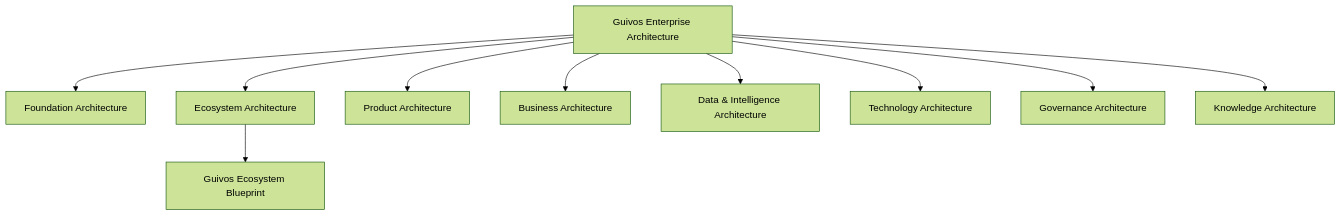
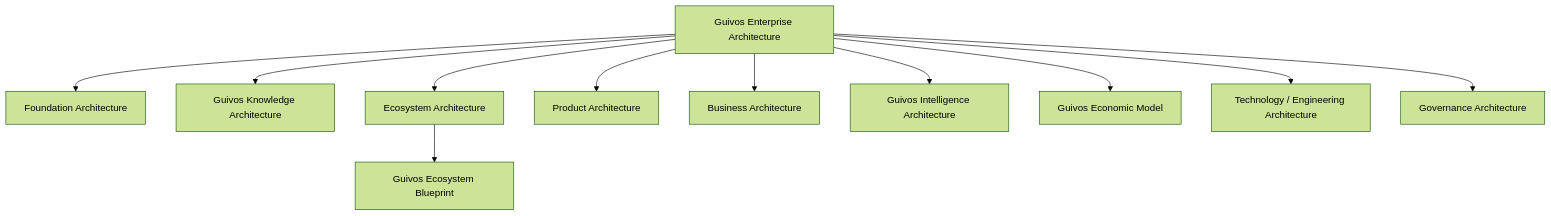
One commit to guivos-repositorio/Guivos-Knowledge-Repository changed the second of 3 diagrams in docs/enterprise-architecture/index.md. Above: the diagram before and after it, drawn with Mermaid (forest theme). The commit also changed other lines of this file, not shown here.

Commit message:
docs(gea): recognize Guivos Knowledge Architecture

````diff
--- a/docs/enterprise-architecture/index.md
+++ b/docs/enterprise-architecture/index.md
@@ -70,13 +71,14 @@
 ```mermaid
 graph TD
     GEA[Guivos Enterprise Architecture]
     GEA --> FA[Foundation Architecture]
+    GEA --> GKA[Guivos Knowledge Architecture]
     GEA --> EA[Ecosystem Architecture]
     GEA --> PA[Product Architecture]
     GEA --> BA[Business Architecture]
-    GEA --> DIA[Data & Intelligence Architecture]
-    GEA --> TA[Technology Architecture]
+    GEA --> GIA[Guivos Intelligence Architecture]
+    GEA --> EM[Guivos Economic Model]
+    GEA --> TA[Technology / Engineering Architecture]
     GEA --> GA[Governance Architecture]
-    GEA --> KA[Knowledge Architecture]
     EA --> GEB[Guivos Ecosystem Blueprint]
 ```
````
